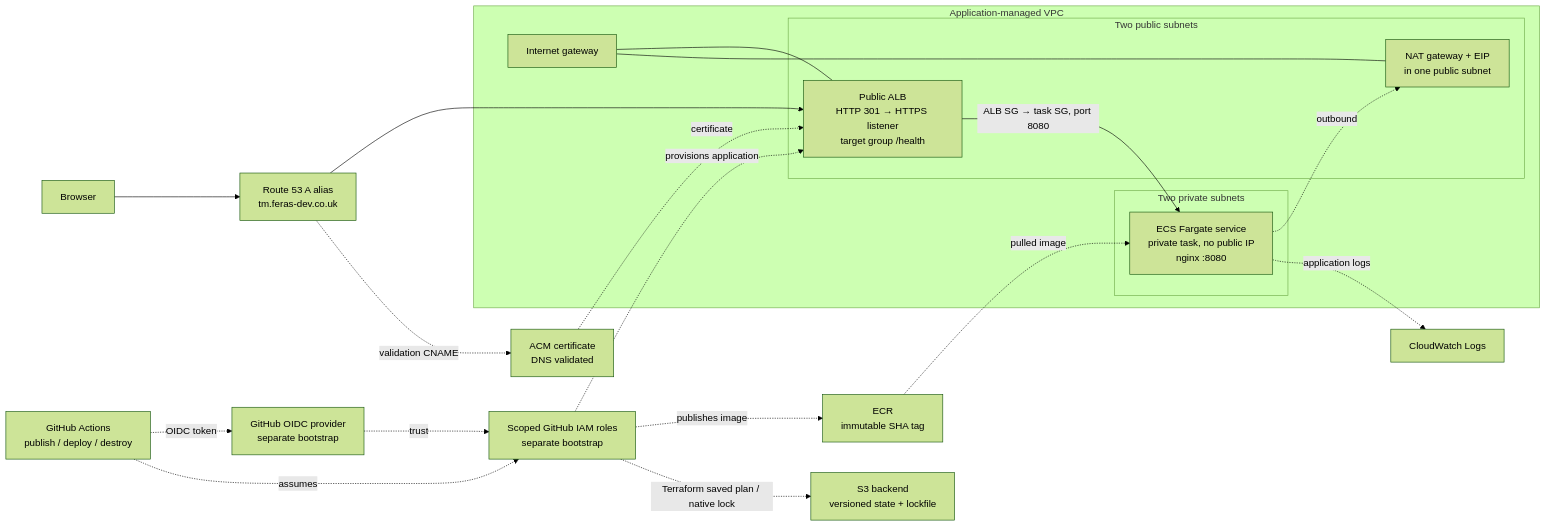
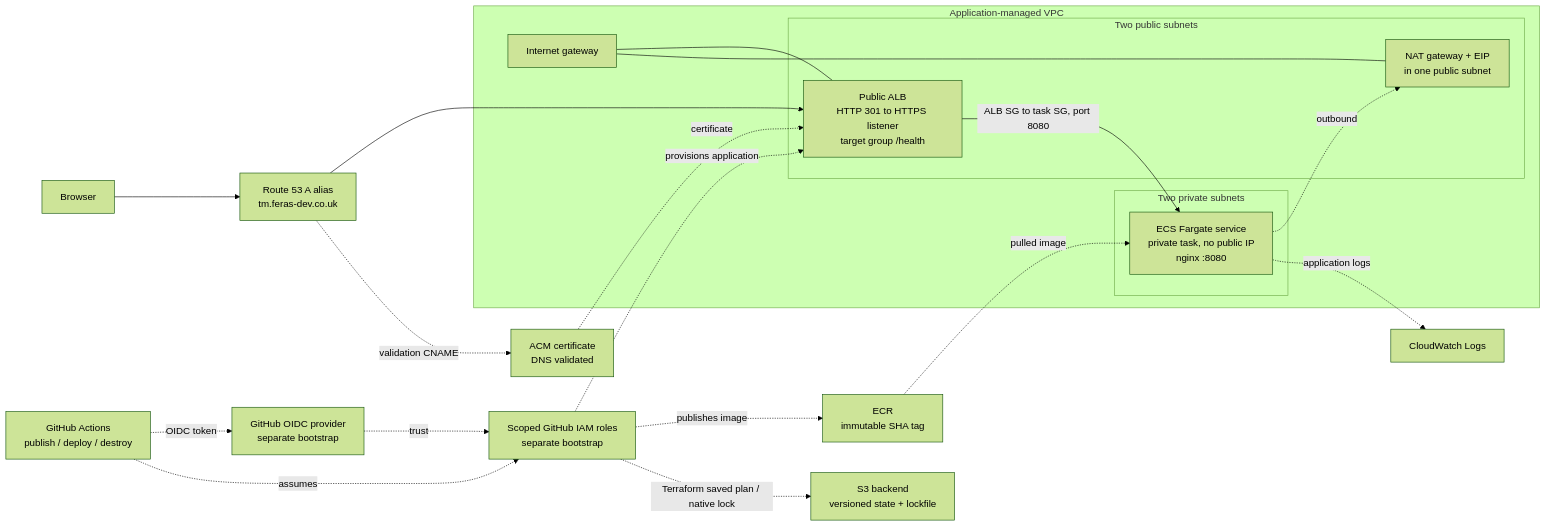
The diagram in README.md (Fer-as/ecs-v1-it-tools), drawn with Mermaid (forest theme) before and after one commit. The commit also changed other lines of this file, not shown here.

````diff
--- a/README.md
+++ b/README.md
@@ -13,31 +31,31 @@
 ```mermaid
 flowchart LR
     User[Browser] --> DNS[Route 53 A alias<br/>tm.feras-dev.co.uk]
     DNS --> ALB
     GitHub[GitHub Actions<br/>publish / deploy / destroy] -. OIDC token .-> OIDC[GitHub OIDC provider<br/>separate bootstrap]
     OIDC -. trust .-> Roles[Scoped GitHub IAM roles<br/>separate bootstrap]
     GitHub -. assumes .-> Roles
     Roles -. publishes image .-> ECR[ECR<br/>immutable SHA tag]
     Roles -. Terraform saved plan / native lock .-> S3[S3 backend<br/>versioned state + lockfile]
     Roles -. provisions application .-> ALB
     ACM[ACM certificate<br/>DNS validated] -. certificate .-> ALB
     DNS -. validation CNAME .-> ACM
 
     subgraph VPC[Application-managed VPC]
       IGW[Internet gateway]
       subgraph Public[Two public subnets]
-        ALB[Public ALB<br/>HTTP 301 → HTTPS listener<br/>target group /health]
+        ALB[Public ALB<br/>HTTP 301 to HTTPS listener<br/>target group /health]
         NAT[NAT gateway + EIP<br/>in one public subnet]
       end
       subgraph Private[Two private subnets]
         ECS[ECS Fargate service<br/>private task, no public IP<br/>nginx :8080]
       end
       IGW --- ALB
       IGW --- NAT
-      ALB -->|ALB SG → task SG, port 8080| ECS
+      ALB -->|ALB SG to task SG, port 8080| ECS
       ECS -. outbound .-> NAT
     end
 
     ECR -. pulled image .-> ECS
     ECS -. application logs .-> CW[CloudWatch Logs]
 ```
````
